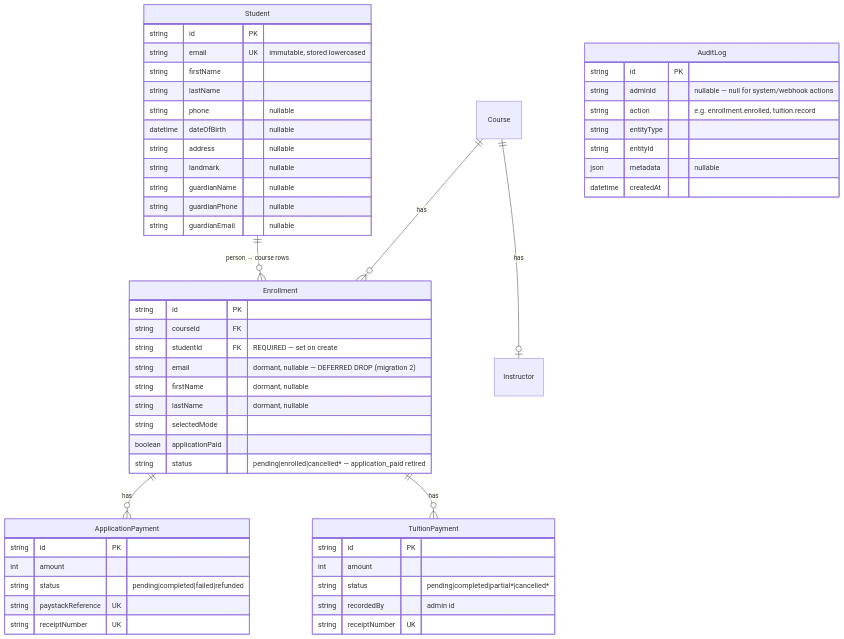
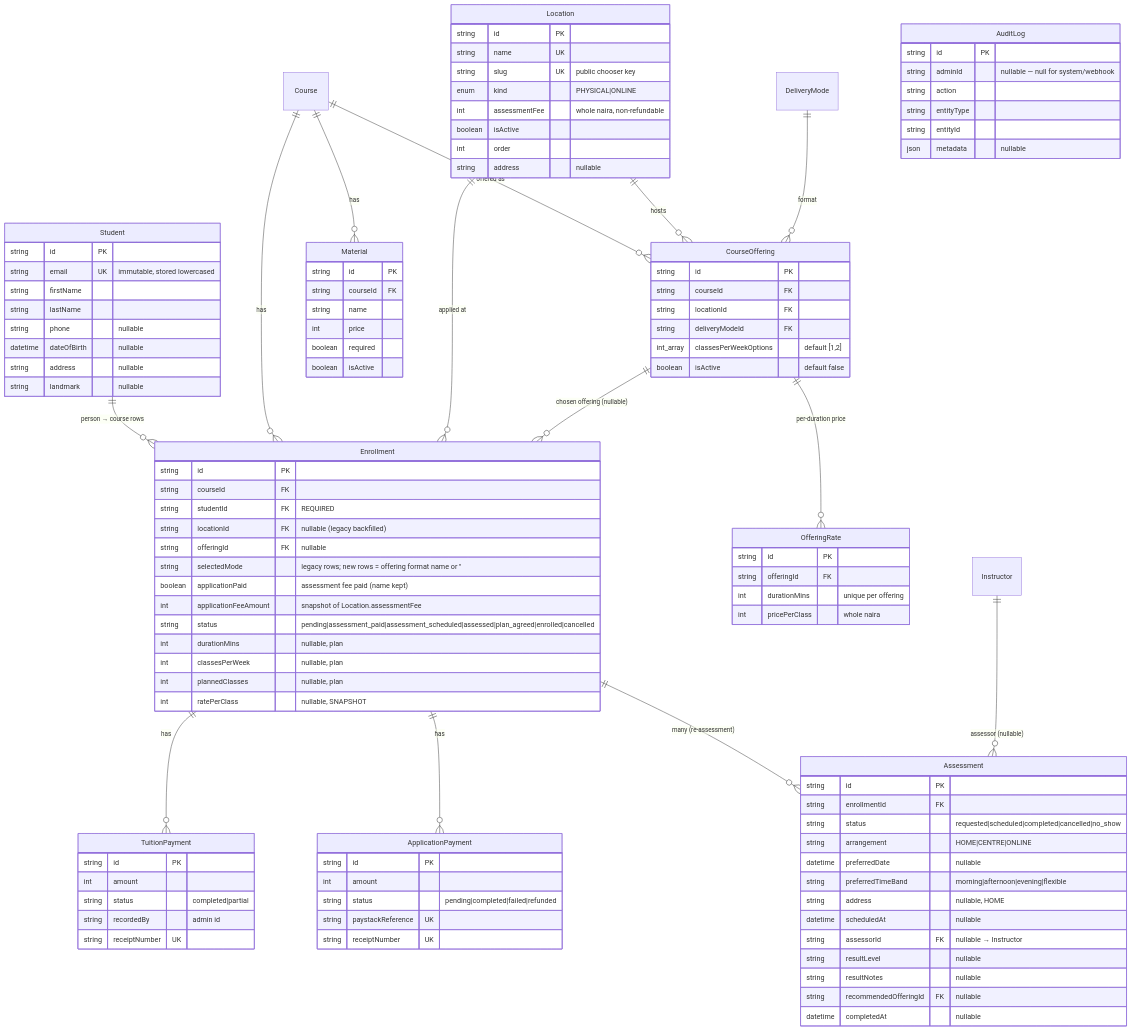
One commit to innocent98/banafix changed the fourth of 4 diagrams in docs/architecture/banafix-blueprint.md. Above: the diagram before and after it, drawn with Mermaid. The commit also changed other lines of this file and 7 other files, not shown here.

First line of the commit message:
docs: assessment-first admission SOP, checklist, blueprint and SOP updates

````diff
--- a/docs/architecture/banafix-blueprint.md
+++ b/docs/architecture/banafix-blueprint.md
@@ -159,9 +183,17 @@
 erDiagram
     Student ||--o{ Enrollment : "person → course rows"
     Course ||--o{ Enrollment : has
+    Course ||--o{ CourseOffering : "offered as"
+    Course ||--o{ Material : has
+    Location ||--o{ CourseOffering : hosts
+    Location ||--o{ Enrollment : "applied at"
+    DeliveryMode ||--o{ CourseOffering : "format"
+    CourseOffering ||--o{ OfferingRate : "per-duration price"
+    CourseOffering ||--o{ Enrollment : "chosen offering (nullable)"
+    Enrollment ||--o{ Assessment : "many (re-assessment)"
+    Instructor ||--o{ Assessment : "assessor (nullable)"
     Enrollment ||--o{ ApplicationPayment : has
     Enrollment ||--o{ TuitionPayment : has
-    Course ||--o| Instructor : has
 
     Student {
       string id PK
@@ -172,20 +204,68 @@
       datetime dateOfBirth "nullable"
       string address "nullable"
       string landmark "nullable"
-      string guardianName "nullable"
-      string guardianPhone "nullable"
-      string guardianEmail "nullable"
+    }
+    Location {
+      string id PK
+      string name UK
+      string slug UK "public chooser key"
+      enum kind "PHYSICAL|ONLINE"
+      int assessmentFee "whole naira, non-refundable"
+      boolean isActive
+      int order
+      string address "nullable"
+    }
+    CourseOffering {
+      string id PK
+      string courseId FK
+      string locationId FK
+      string deliveryModeId FK
+      int_array classesPerWeekOptions "default [1,2]"
+      boolean isActive "default false"
+    }
+    OfferingRate {
+      string id PK
+      string offeringId FK
+      int durationMins "unique per offering"
+      int pricePerClass "whole naira"
+    }
+    Material {
+      string id PK
+      string courseId FK
+      string name
+      int price
+      boolean required
+      boolean isActive
+    }
+    Assessment {
+      string id PK
+      string enrollmentId FK
+      string status "requested|scheduled|completed|cancelled|no_show"
+      string arrangement "HOME|CENTRE|ONLINE"
+      datetime preferredDate "nullable"
+      string preferredTimeBand "morning|afternoon|evening|flexible"
+      string address "nullable, HOME"
+      datetime scheduledAt "nullable"
+      string assessorId FK "nullable → Instructor"
+      string resultLevel "nullable"
+      string resultNotes "nullable"
+      string recommendedOfferingId FK "nullable"
+      datetime completedAt "nullable"
     }
     Enrollment {
       string id PK
       string courseId FK
-      string studentId FK "REQUIRED — set on create"
-      string email "dormant, nullable — DEFERRED DROP (migration 2)"
-      string firstName "dormant, nullable"
-      string lastName "dormant, nullable"
-      string selectedMode
-      boolean applicationPaid
-      string status "pending|enrolled|cancelled* — application_paid retired"
+      string studentId FK "REQUIRED"
+      string locationId FK "nullable (legacy backfilled)"
+      string offeringId FK "nullable"
+      string selectedMode "legacy rows; new rows = offering format name or ''"
+      boolean applicationPaid "assessment fee paid (name kept)"
+      int applicationFeeAmount "snapshot of Location.assessmentFee"
+      string status "pending|assessment_paid|assessment_scheduled|assessed|plan_agreed|enrolled|cancelled"
+      int durationMins "nullable, plan"
+      int classesPerWeek "nullable, plan"
+      int plannedClasses "nullable, plan"
+      int ratePerClass "nullable, SNAPSHOT"
     }
     ApplicationPayment {
       string id PK
@@ -197,17 +277,16 @@
     TuitionPayment {
       string id PK
       int amount
-      string status "pending|completed|partial*|cancelled*"
+      string status "completed|partial"
       string recordedBy "admin id"
       string receiptNumber UK
     }
     AuditLog {
       string id PK
-      string adminId "nullable — null for system/webhook actions"
-      string action "e.g. enrollment.enrolled, tuition.record"
+      string adminId "nullable — null for system/webhook"
+      string action
       string entityType
       string entityId
       json metadata "nullable"
-      datetime createdAt
     }
 ```
````
